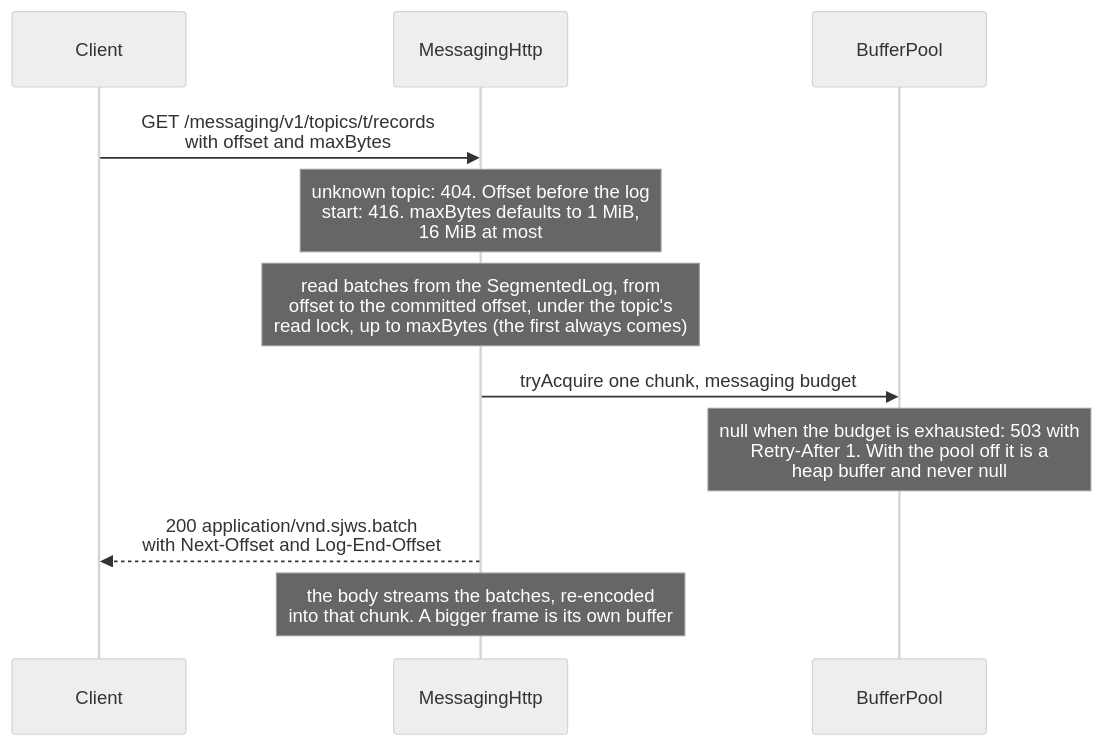
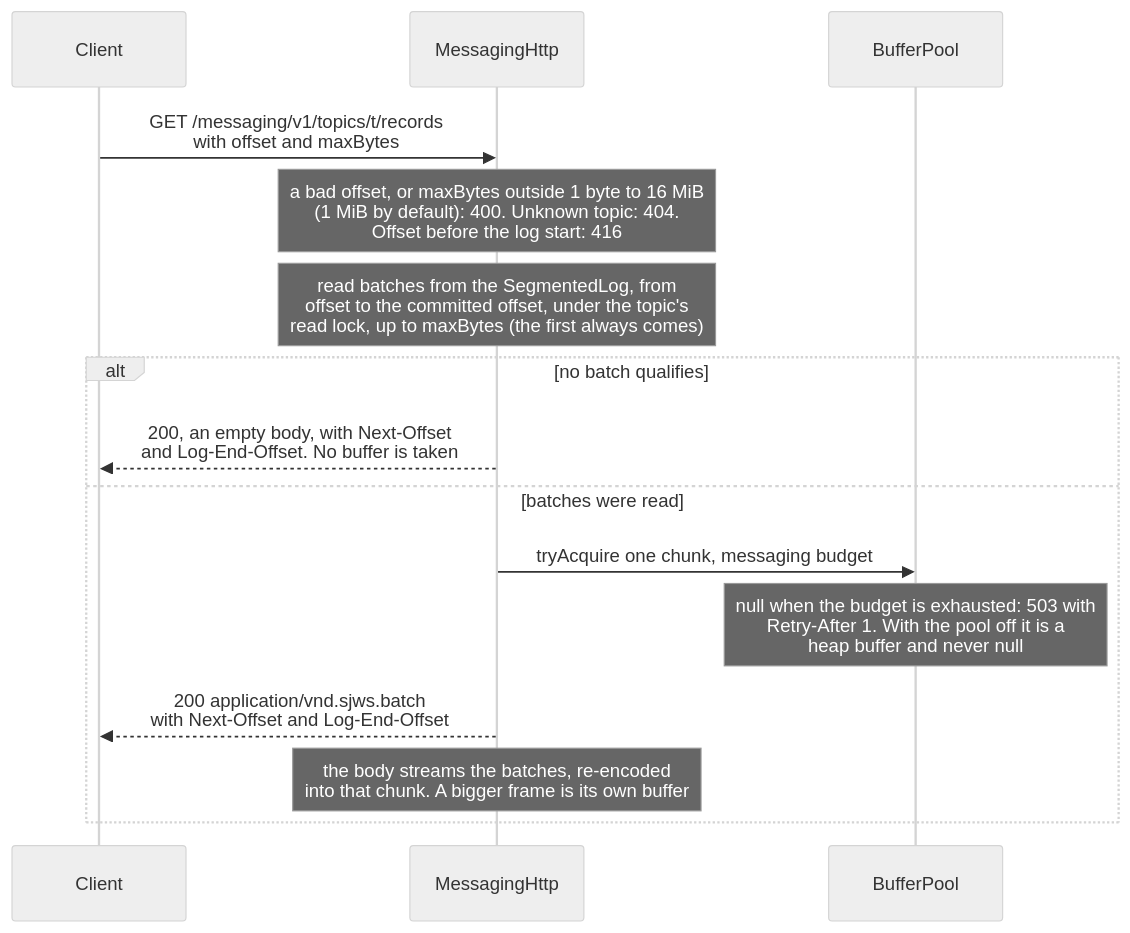
Before and after one commit to BlivionIaG/sjws_nettask: the second of 3 diagrams in docs/design/partition-log.md, drawn with Mermaid (neutral theme). The commit also changed other lines of this file and 19 other files, not shown here.

First line of the commit message:
docs: fix the diagrams the fact-check found imprecise

````diff
--- a/docs/design/partition-log.md
+++ b/docs/design/partition-log.md
@@ -64,14 +67,18 @@
 ```mermaid
 sequenceDiagram
     participant C as Client
     participant H as MessagingHttp
     participant B as BufferPool
 
     C->>H: GET /messaging/v1/topics/t/records<br/>with offset and maxBytes
-    Note over H: unknown topic: 404. Offset before the log<br/>start: 416. maxBytes defaults to 1 MiB,<br/>16 MiB at most
+    Note over H: a bad offset, or maxBytes outside 1 byte to 16 MiB<br/>(1 MiB by default): 400. Unknown topic: 404.<br/>Offset before the log start: 416
     Note over H: read batches from the SegmentedLog, from<br/>offset to the committed offset, under the topic's<br/>read lock, up to maxBytes (the first always comes)
-    H->>B: tryAcquire one chunk, messaging budget
-    Note over B: null when the budget is exhausted: 503 with<br/>Retry-After 1. With the pool off it is a<br/>heap buffer and never null
-    H-->>C: 200 application/vnd.sjws.batch<br/>with Next-Offset and Log-End-Offset
-    Note over H: the body streams the batches, re-encoded<br/>into that chunk. A bigger frame is its own buffer
+    alt no batch qualifies
+        H-->>C: 200, an empty body, with Next-Offset<br/>and Log-End-Offset. No buffer is taken
+    else batches were read
+        H->>B: tryAcquire one chunk, messaging budget
+        Note over B: null when the budget is exhausted: 503 with<br/>Retry-After 1. With the pool off it is a<br/>heap buffer and never null
+        H-->>C: 200 application/vnd.sjws.batch<br/>with Next-Offset and Log-End-Offset
+        Note over H: the body streams the batches, re-encoded<br/>into that chunk. A bigger frame is its own buffer
+    end
 ```
````
